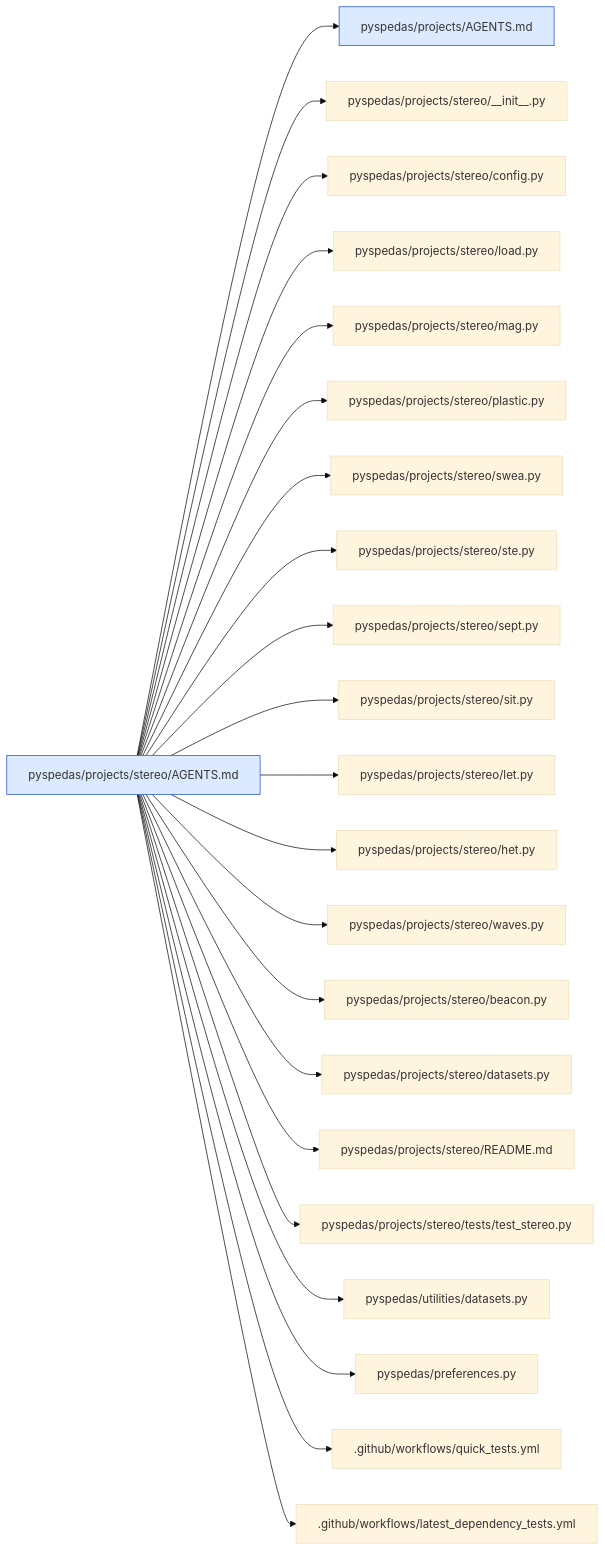
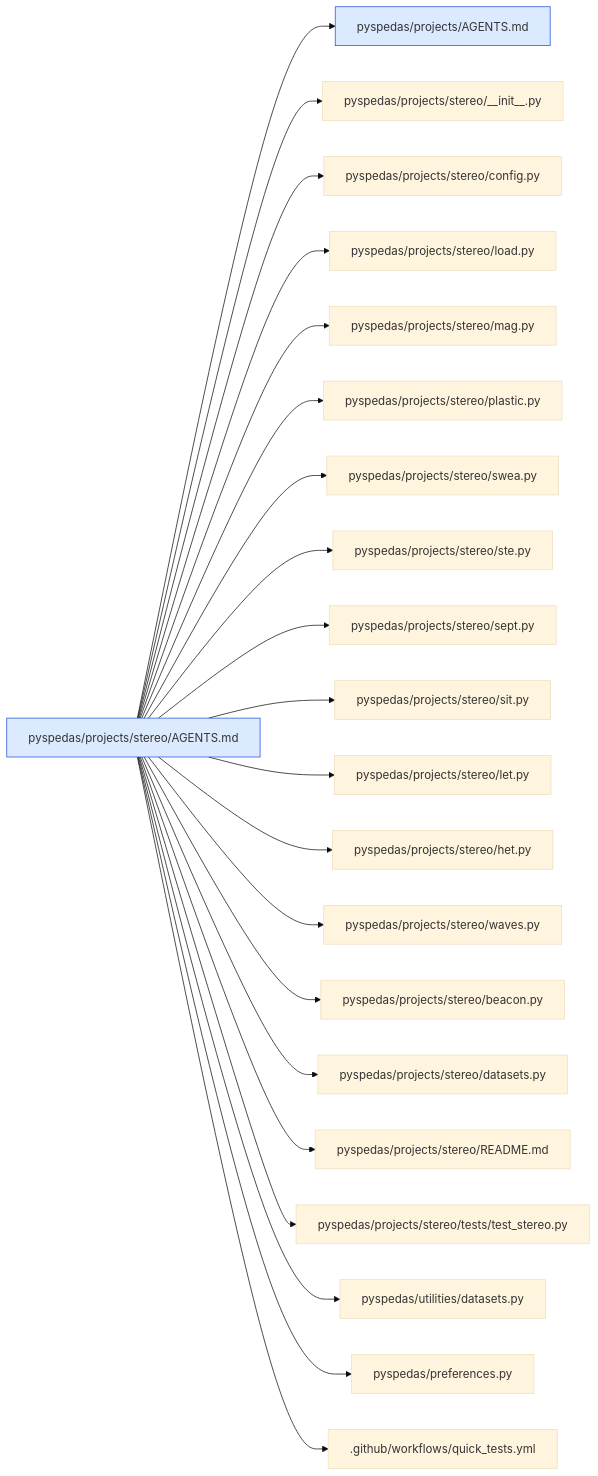
Before and after one commit to spedas/pyspedas: diagram 33 of 43 in .agents/map/MAP.md, drawn with Mermaid (base theme). The commit also changed other lines of this file and 21 other files, not shown here.

First line of the commit message:
Unify quick tests with selectable dependency and Python policies (#1546)

````diff
--- a/.agents/map/MAP.md
+++ b/.agents/map/MAP.md
@@ -1230,27 +1226,26 @@
 ```mermaid
 graph LR
   classDef agents fill:#dbeafe,stroke:#1d4ed8
   classDef missing fill:#fee2e2,stroke:#b91c1c,stroke-dasharray:4
   self["pyspedas/projects/stereo/AGENTS.md"]:::agents
   self --> r0["pyspedas/projects/AGENTS.md"]:::agents
   self --> r1["pyspedas/projects/stereo/__init__.py"]
   self --> r2["pyspedas/projects/stereo/config.py"]
   self --> r3["pyspedas/projects/stereo/load.py"]
   self --> r4["pyspedas/projects/stereo/mag.py"]
   self --> r5["pyspedas/projects/stereo/plastic.py"]
   self --> r6["pyspedas/projects/stereo/swea.py"]
   self --> r7["pyspedas/projects/stereo/ste.py"]
   self --> r8["pyspedas/projects/stereo/sept.py"]
   self --> r9["pyspedas/projects/stereo/sit.py"]
   self --> r10["pyspedas/projects/stereo/let.py"]
   self --> r11["pyspedas/projects/stereo/het.py"]
   self --> r12["pyspedas/projects/stereo/waves.py"]
   self --> r13["pyspedas/projects/stereo/beacon.py"]
   self --> r14["pyspedas/projects/stereo/datasets.py"]
   self --> r15["pyspedas/projects/stereo/README.md"]
   self --> r16["pyspedas/projects/stereo/tests/test_stereo.py"]
   self --> r17["pyspedas/utilities/datasets.py"]
   self --> r18["pyspedas/preferences.py"]
   self --> r19[".github/workflows/quick_tests.yml"]
-  self --> r20[".github/workflows/latest_dependency_tests.yml"]
 ```
````
